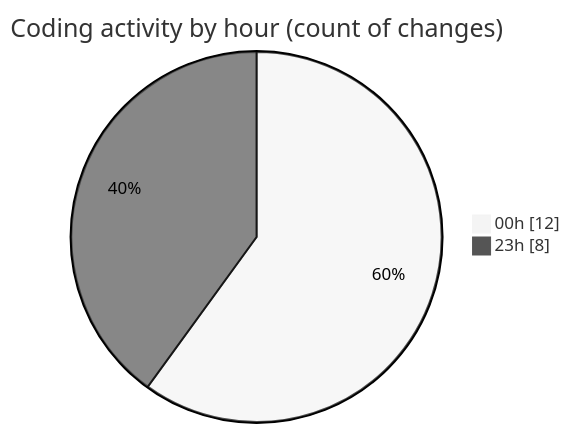
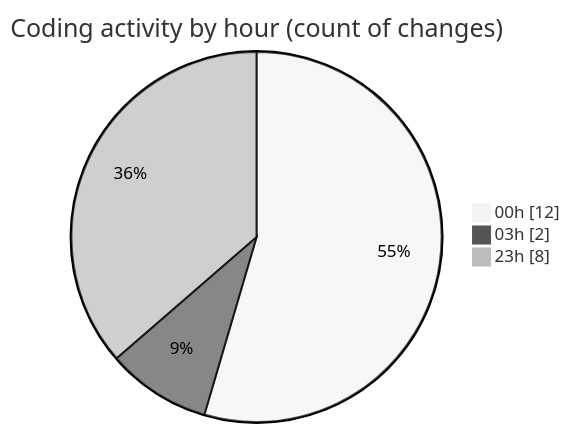
One commit to julien-gomy/code-tracking changed the second of 2 diagrams in 2025-11-18/cdp_aleoudev_fr__workspace_/README.md. Above: the diagram before and after it, drawn with Mermaid (neutral theme). The commit also changed other lines of this file and 1 other file, not shown here.

````diff
--- a/2025-11-18/cdp_aleoudev_fr__workspace_/README.md
+++ b/2025-11-18/cdp_aleoudev_fr__workspace_/README.md
@@ -33,6 +34,7 @@
 ```mermaid
 pie showData
 title Coding activity by hour (count of changes)
 "00h" : 12
+"03h" : 2
 "23h" : 8
 ```
````
